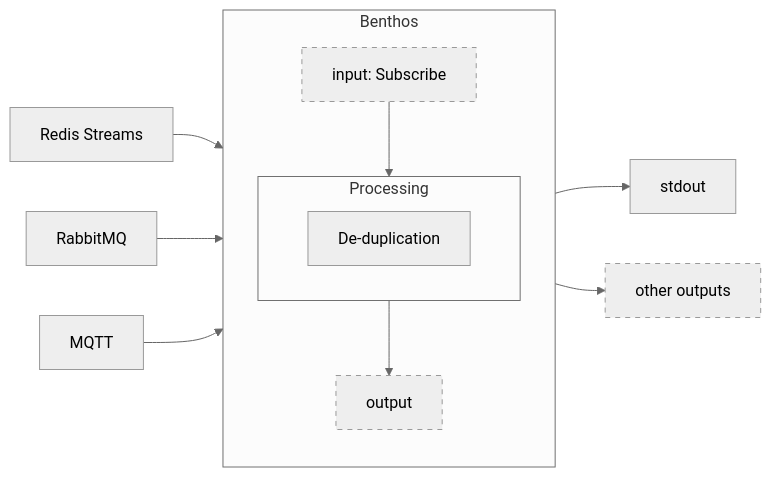
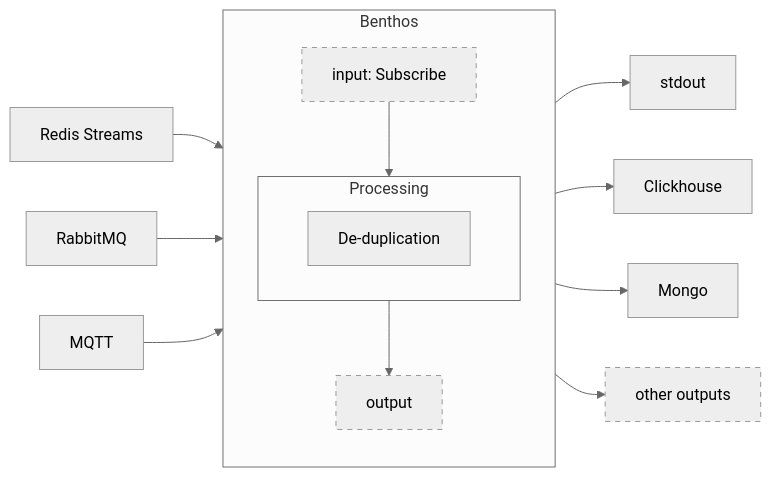
The diagram in img/process.mmd (TheThingsNetwork/lorawan-stack-application-cookbook), drawn with Mermaid (neutral theme) before and after one commit. The commit also changed 6 other files, not shown here.

Commit message:
Update README to list Clickhouse and Mongo

```diff
--- a/img/process.mmd
+++ b/img/process.mmd
@@ -1,33 +1,35 @@
 flowchart LR
   redis[Redis Streams]
   amqp[RabbitMQ]
   mqtt[MQTT]
 
   redis --> process
   amqp --> process
   mqtt --> process
 
   subgraph process[Benthos]
     direction TB
 
     process_inputs[input: Subscribe]
     style process_inputs stroke-dasharray: 5 5
 
     process_inputs --> process_processing
 
     subgraph process_processing[Processing]
       dedupe[De-duplication]
     end
 
     process_processing --> process_outputs
 
     process_outputs[output]
     style process_outputs stroke-dasharray: 5 5
   end
 
   process --> stdout
+  process --> Clickhouse
+  process --> Mongo
 
   other["other outputs"]
   style other stroke-dasharray: 5 5
 
   process --> other
```
